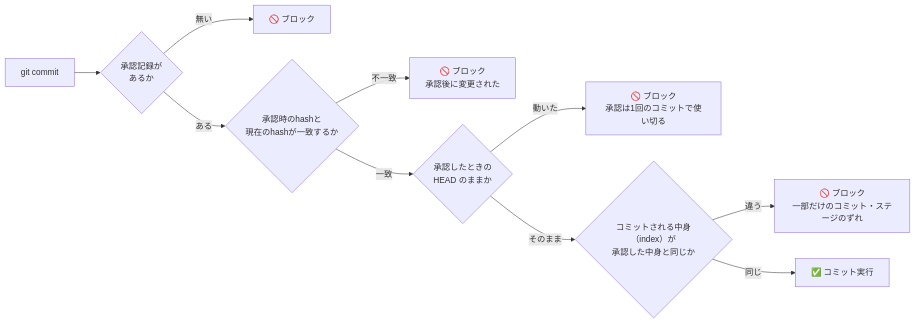
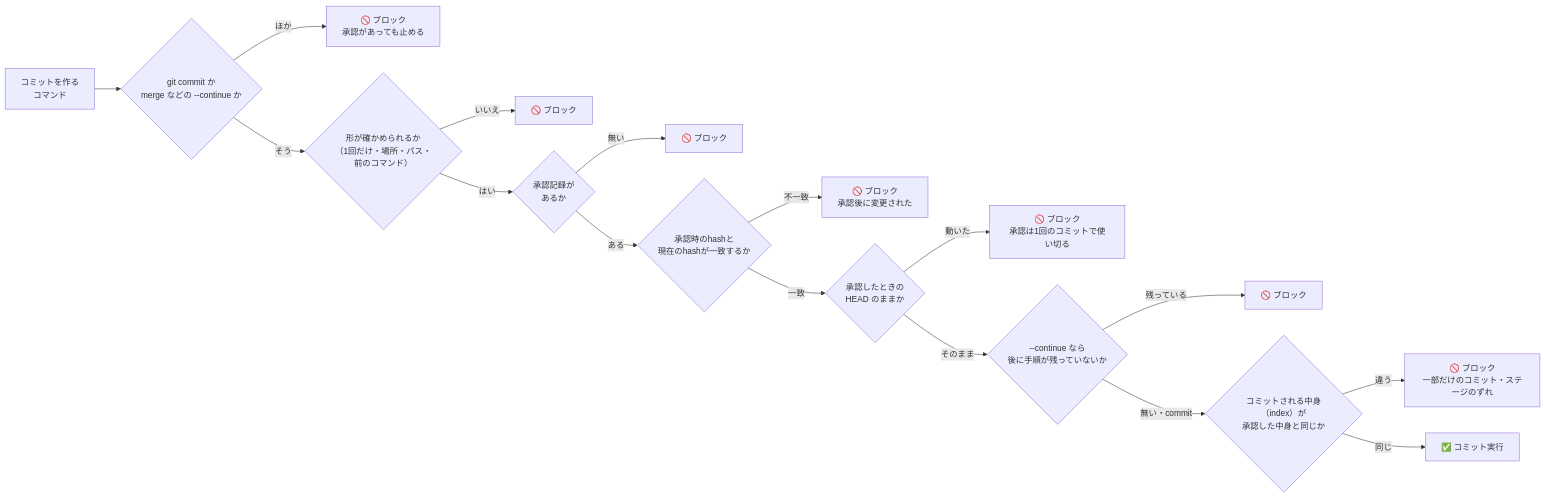
One commit to Harurow/chrome.ext.silent-tab changed the second of 2 diagrams in docs/WORKFLOW.md. Above: the diagram before and after it, drawn with Mermaid. The commit also changed other lines of this file and 10 other files, not shown here.

````diff
--- a/docs/WORKFLOW.md
+++ b/docs/WORKFLOW.md
@@ -105,12 +105,18 @@
 ```mermaid
 flowchart LR
-    A["git commit"] --> B{"承認記録が<br/>あるか"}
+    A["コミットを作る<br/>コマンド"] --> K{"git commit か<br/>merge などの --continue か"}
+    K -->|"ほか"| X0["🚫 ブロック<br/>承認があっても止める"]
+    K -->|"そう"| S{"形が確かめられるか<br/>（1回だけ・場所・パス・前のコマンド）"}
+    S -->|"いいえ"| X5["🚫 ブロック"]
+    S -->|"はい"| B{"承認記録が<br/>あるか"}
     B -->|"無い"| X1["🚫 ブロック"]
     B -->|"ある"| C{"承認時のhashと<br/>現在のhashが一致するか"}
     C -->|"不一致"| X2["🚫 ブロック<br/>承認後に変更された"]
     C -->|"一致"| H{"承認したときの<br/>HEAD のままか"}
     H -->|"動いた"| X3["🚫 ブロック<br/>承認は1回のコミットで使い切る"]
-    H -->|"そのまま"| D{"コミットされる中身（index）が<br/>承認した中身と同じか"}
+    H -->|"そのまま"| R{"--continue なら<br/>後に手順が残っていないか"}
+    R -->|"残っている"| X6["🚫 ブロック"]
+    R -->|"無い・commit"| D{"コミットされる中身（index）が<br/>承認した中身と同じか"}
     D -->|"違う"| X4["🚫 ブロック<br/>一部だけのコミット・ステージのずれ"]
     D -->|"同じ"| OK["✅ コミット実行"]
 ```
````
